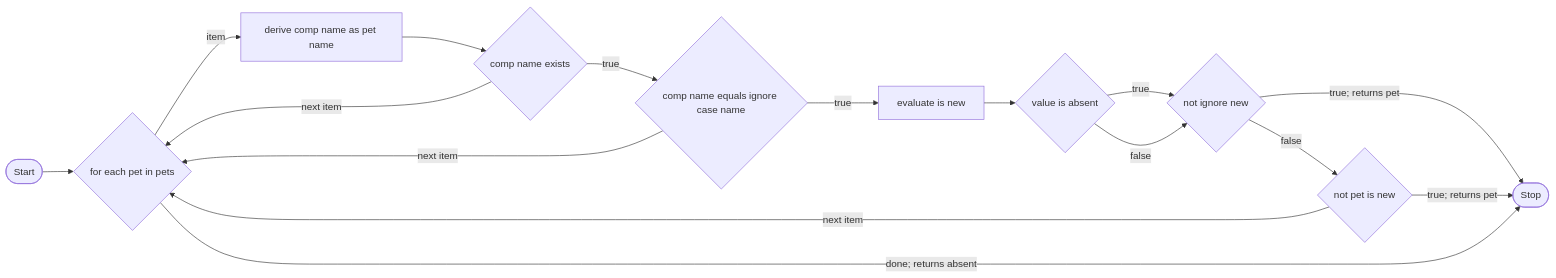
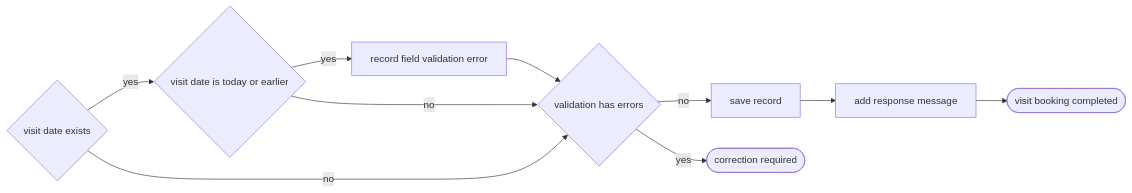
The second of 3 diagrams in conformance/spring-petclinic/conformance-report.md (Gepardec/businesstracing), drawn with Mermaid before and after one commit. The commit also changed other lines of this file and 33 other files, not shown here.

Commit message:
test: add PetClinic business graph conformance

````diff
--- a/conformance/spring-petclinic/conformance-report.md
+++ b/conformance/spring-petclinic/conformance-report.md
@@ -33,28 +37,20 @@
 ```mermaid
 flowchart LR
-    n1(["Start"])
-    n2{"for each pet in pets"}
-    n3["derive comp name as pet name"]
-    n4{"comp name exists"}
-    n5{"comp name equals ignore case name"}
-    n6["evaluate is new"]
-    n7{"value is absent"}
-    n8{"not ignore new"}
-    n9{"not pet is new"}
-    n10(["Stop"])
-    n1 --> n2
-    n2 -->|"item"| n3
-    n4 -->|"true"| n5
+    n1{"visit date exists"}
+    n2{"visit date is today or earlier"}
+    n3["record field validation error"]
+    n4{"validation has errors"}
+    n5["save record"]
+    n6["add response message"]
+    n7(["correction required"])
+    n8(["visit booking completed"])
+    n1 -->|"yes"| n2
+    n2 -->|"yes"| n3
     n3 --> n4
-    n5 -->|"true"| n6
-    n6 --> n7
-    n8 -->|"false"| n9
-    n7 -->|"true"| n8
-    n7 -->|"false"| n8
-    n8 -->|"true; returns pet"| n10
-    n9 -->|"true; returns pet"| n10
-    n9 -->|"next item"| n2
-    n4 -->|"next item"| n2
-    n5 -->|"next item"| n2
-    n2 -->|"done; returns absent"| n10
+    n1 -->|"no"| n4
+    n2 -->|"no"| n4
+    n4 -->|"no"| n5
+    n5 --> n6
+    n4 -->|"yes"| n7
+    n6 --> n8
 ```
````
